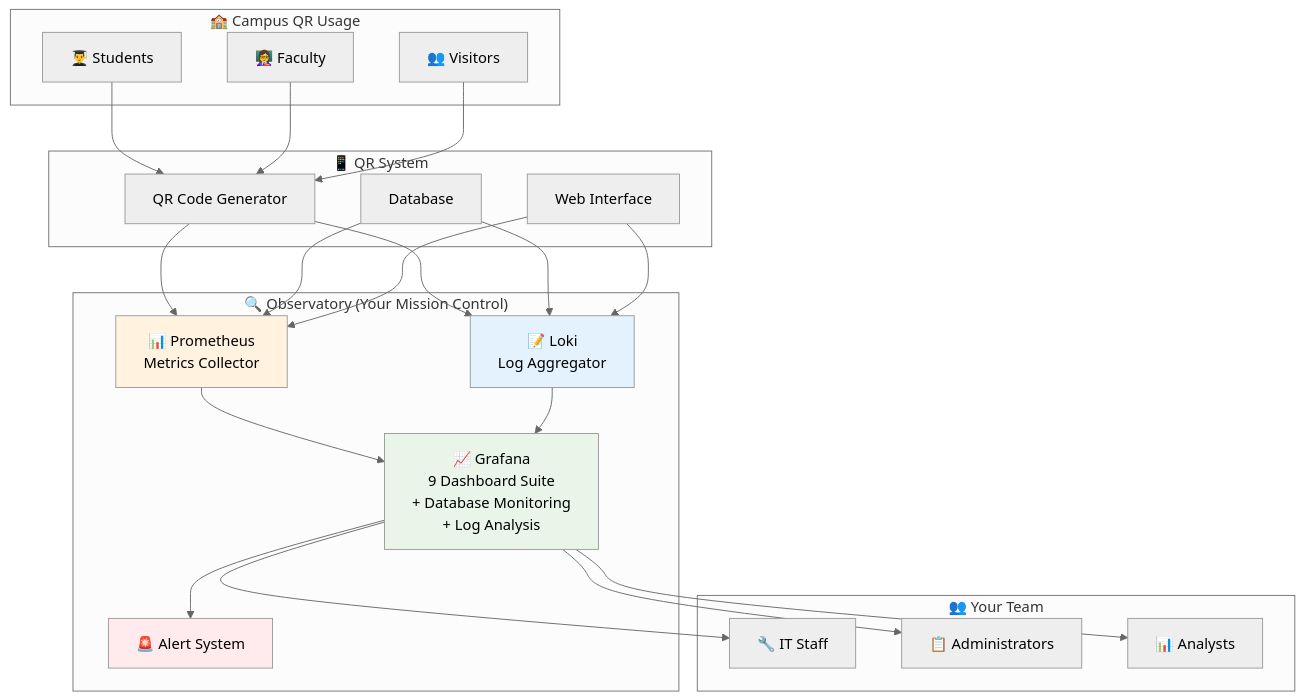
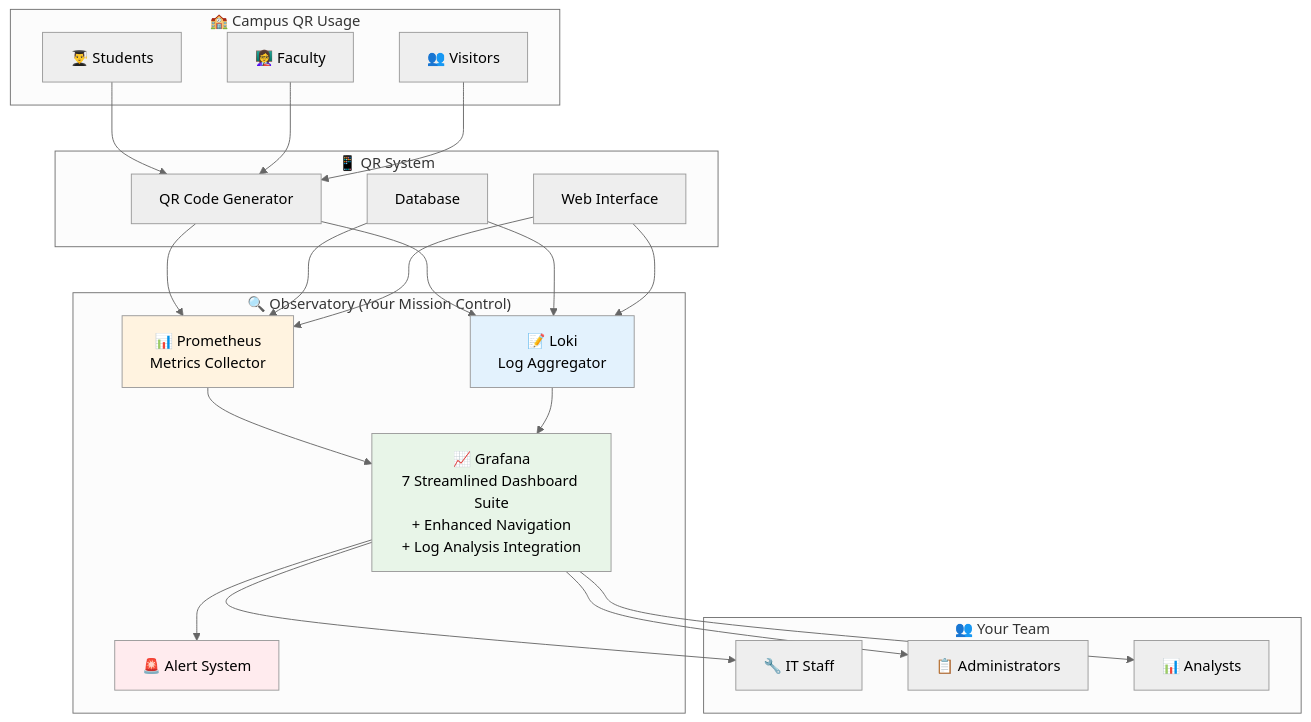
Before and after one commit to gsinghjay/mvp_qr_gen: the third of 26 diagrams in GRAFANA.md, drawn with Mermaid (neutral theme). The commit also changed other lines of this file, not shown here.

Commit message:
docs: update GRAFANA.md with streamlined 7-dashboard architecture

````diff
--- a/GRAFANA.md
+++ b/GRAFANA.md
@@ -67,51 +67,51 @@
 ```mermaid
 graph TB
     subgraph "🏫 Campus QR Usage"
         A[👨‍🎓 Students] 
         B[👩‍🏫 Faculty]
         C[👥 Visitors]
     end
     
     subgraph "📱 QR System"
         D[QR Code Generator]
         E[Database]
         F[Web Interface]
     end
     
     subgraph "🔍 Observatory (Your Mission Control)"
         G[📊 Prometheus<br/>Metrics Collector]
         G2[📝 Loki<br/>Log Aggregator]
-        H[📈 Grafana<br/>9 Dashboard Suite<br/>+ Database Monitoring<br/>+ Log Analysis]
+        H[📈 Grafana<br/>7 Streamlined Dashboard Suite<br/>+ Enhanced Navigation<br/>+ Log Analysis Integration]
         I[🚨 Alert System]
     end
     
     subgraph "👥 Your Team"
         J[🔧 IT Staff]
         K[📋 Administrators]
         L[📊 Analysts]
     end
     
     A --> D
     B --> D
     C --> D
     
     D --> G
     E --> G
     F --> G
     D --> G2
     E --> G2
     F --> G2
     
     G --> H
     G2 --> H
     H --> I
     
     H --> J
     H --> K
     H --> L
     
     style G fill:#fff3e0
     style G2 fill:#e3f2fd
     style H fill:#e8f5e8
     style I fill:#ffebee
 ```
````
